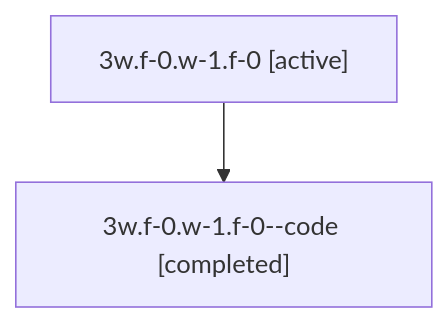
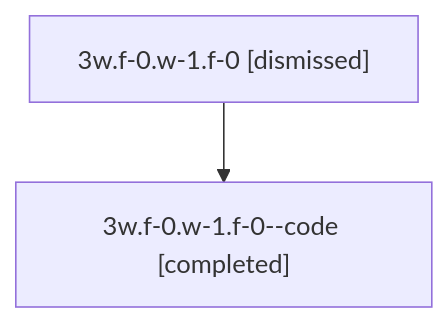
One commit to sase-org/sase--agents changed the diagram in sessions/bbugyi200.athena.3w.f-0.w-1.f-0.md. Above: the diagram before and after it, drawn with Mermaid. The commit also changed other lines of this file and 57 other files, not shown here.

````diff
--- a/sessions/bbugyi200.athena.3w.f-0.w-1.f-0.md
+++ b/sessions/bbugyi200.athena.3w.f-0.w-1.f-0.md
@@ -9,6 +9,6 @@
 ```mermaid
 flowchart TD
-  n0["3w.f-0.w-1.f-0 [active]"]
+  n0["3w.f-0.w-1.f-0 [dismissed]"]
   n1["3w.f-0.w-1.f-0--code [completed]"]
   n0 --> n1
 ```
````
